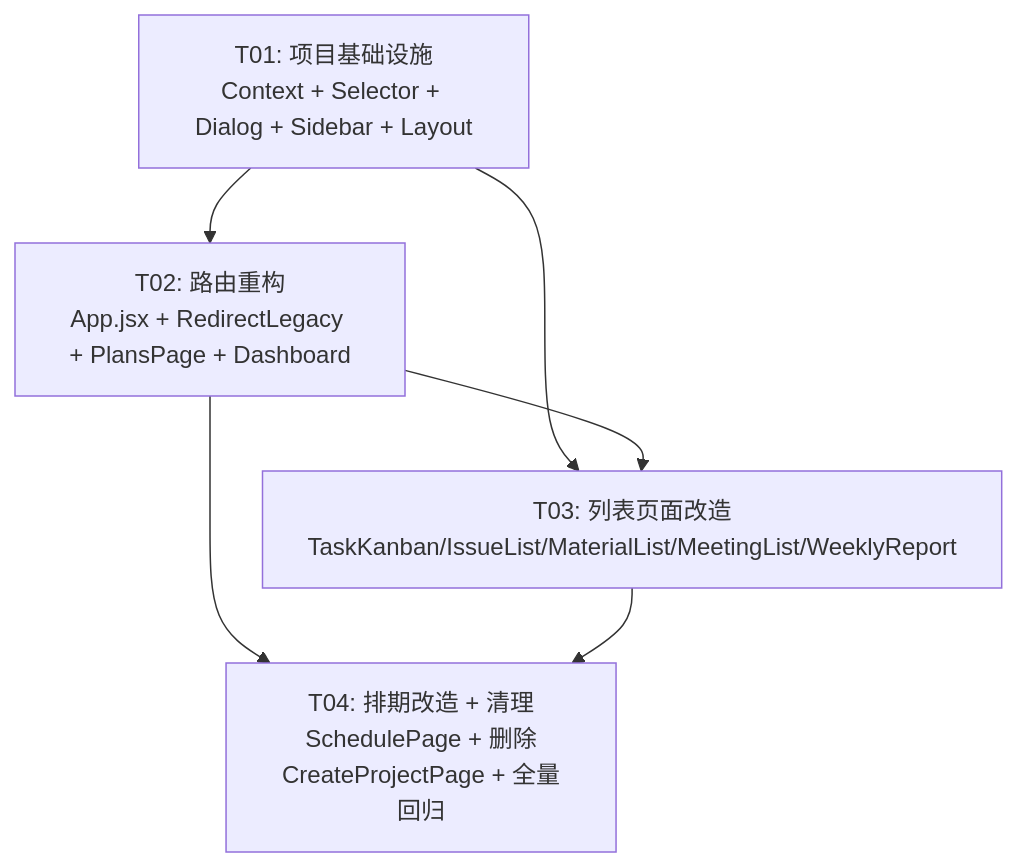
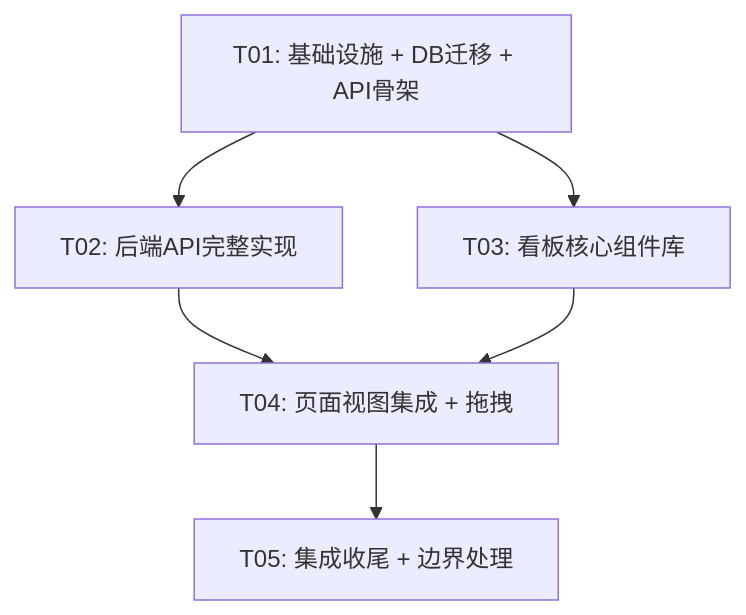
One commit to SugonChenxu/hpm changed the eighth of 8 diagrams in docs/system_design.md. Above: the diagram before and after it, drawn with Mermaid. The commit also changed other lines of this file and 24 other files, not shown here.

````diff
--- a/docs/system_design.md
+++ b/docs/system_design.md
@@ -357,13 +780,14 @@
 ```mermaid
 graph TD
-    T01["T01: 项目基础设施<br/>Context + Selector + Dialog + Sidebar + Layout"]
-    T02["T02: 路由重构<br/>App.jsx + RedirectLegacy + PlansPage + Dashboard"]
-    T03["T03: 列表页面改造<br/>TaskKanban/IssueList/MaterialList/MeetingList/WeeklyReport"]
-    T04["T04: 排期改造 + 清理<br/>SchedulePage + 删除CreateProjectPage + 全量回归"]
+    T01["T01: 基础设施 + DB迁移 + API骨架"]
+    T02["T02: 后端API完整实现"]
+    T03["T03: 看板核心组件库"]
+    T04["T04: 页面视图集成 + 拖拽"]
+    T05["T05: 集成收尾 + 边界处理"]
 
     T01 --> T02
     T01 --> T03
-    T02 --> T03
     T02 --> T04
     T03 --> T04
+    T04 --> T05
 ```
````
